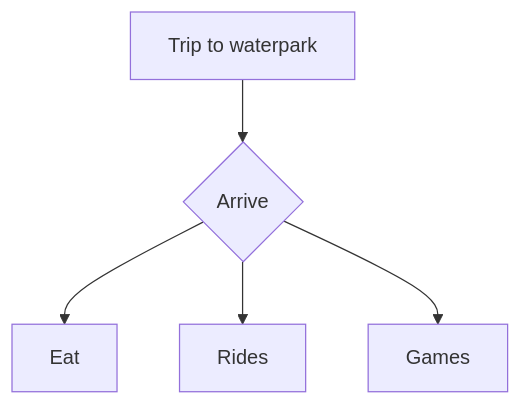
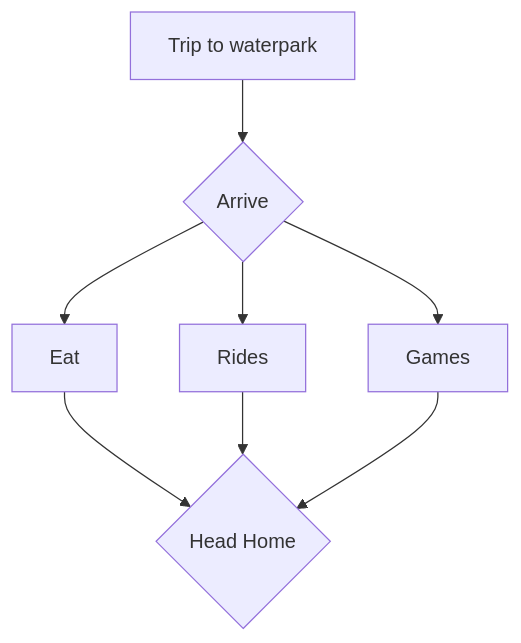
The diagram in Diagram.md (SMahabeer1/smahabeer1.github.io), drawn with Mermaid before and after one commit.

````diff
--- a/Diagram.md
+++ b/Diagram.md
@@ -1,8 +1,12 @@
 ```mermaid
 flowchart TD
  A[Trip to waterpark]-->B{Arrive}
  B-->C[Eat]
  B-->D[Rides]
  B-->E[Games]
+ C-->F{Head Home}
+ D-->F
+ E-->F
+ 
 
 ```
````
